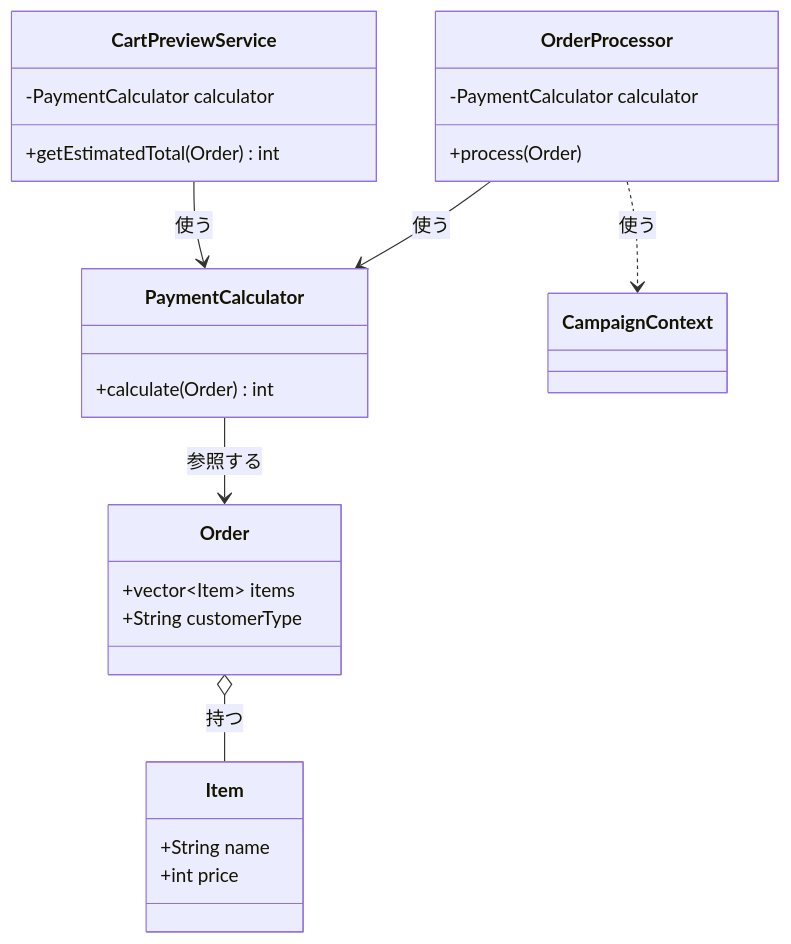
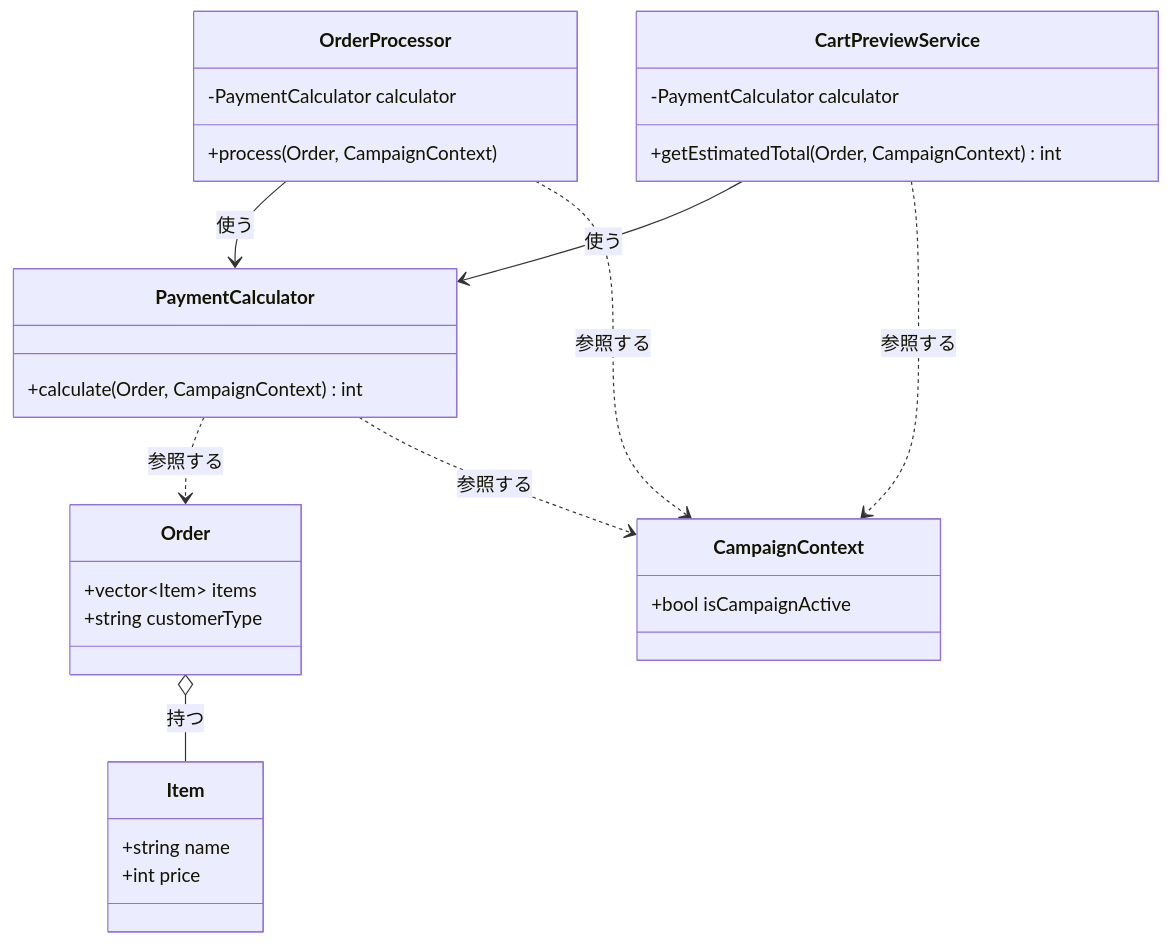
One commit to kumachan1101-pixel/DesignPattern changed the first of 5 diagrams in kindle/design-patterns/output/chapter01.md. Above: the diagram before and after it, drawn with Mermaid. The commit also changed other lines of this file and 7 other files, not shown here.

````diff
--- a/kindle/design-patterns/output/chapter01.md
+++ b/kindle/design-patterns/output/chapter01.md
@@ -76,29 +76,33 @@
 ```mermaid
 classDiagram
     class OrderProcessor {
         -PaymentCalculator calculator
-        +process(Order)
+        +process(Order, CampaignContext)
     }
     class PaymentCalculator {
-        +calculate(Order) int
+        +calculate(Order, CampaignContext) int
     }
     class CartPreviewService {
         -PaymentCalculator calculator
-        +getEstimatedTotal(Order) int
+        +getEstimatedTotal(Order, CampaignContext) int
     }
     class Order {
         +vector~Item~ items
-        +String customerType
-        
+        +string customerType
     }
     class Item {
-        +String name
+        +string name
         +int price
+    }
+    class CampaignContext {
+        +bool isCampaignActive
     }
 
     OrderProcessor --> PaymentCalculator : 使う
     CartPreviewService --> PaymentCalculator : 使う
-    PaymentCalculator --> Order : 参照する
+    PaymentCalculator ..> Order : 参照する
+    PaymentCalculator ..> CampaignContext : 参照する
+    CartPreviewService ..> CampaignContext : 参照する
+    OrderProcessor ..> CampaignContext : 参照する
     Order o-- Item : 持つ
-    OrderProcessor ..> CampaignContext : 使う
 ```
````
